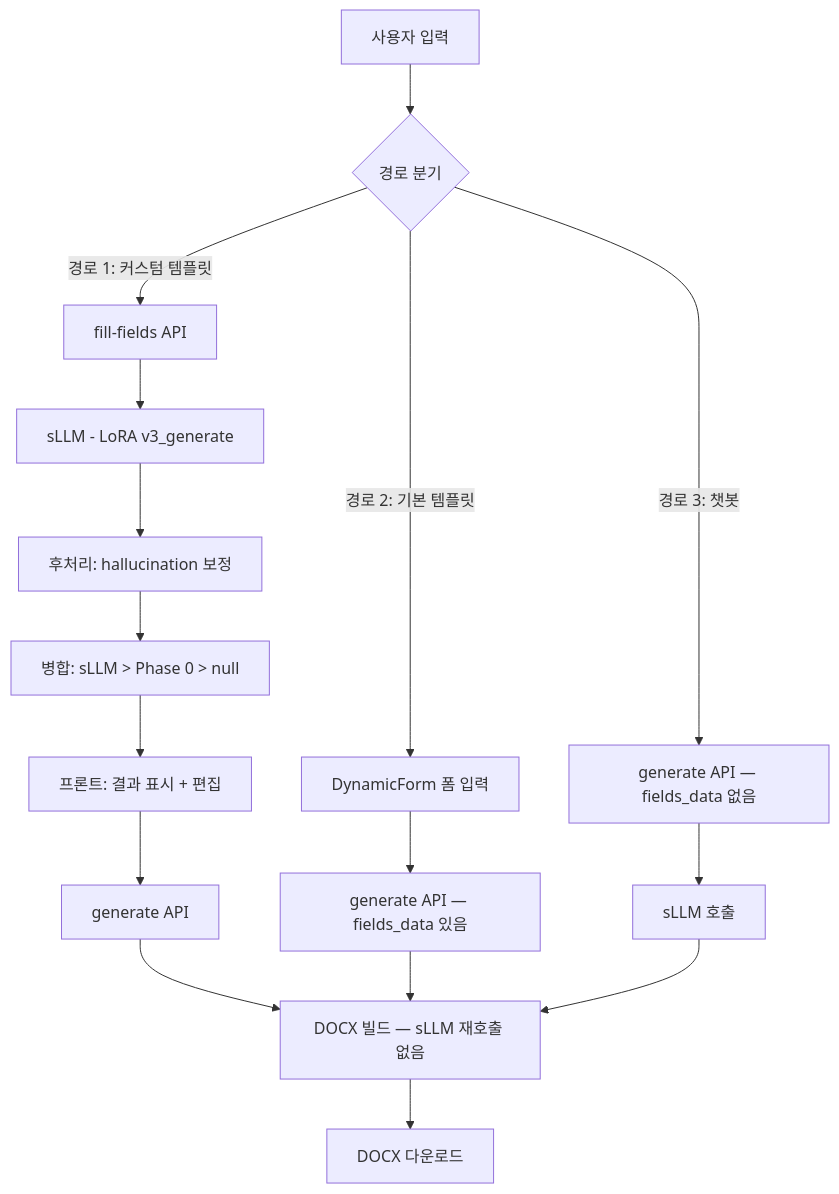
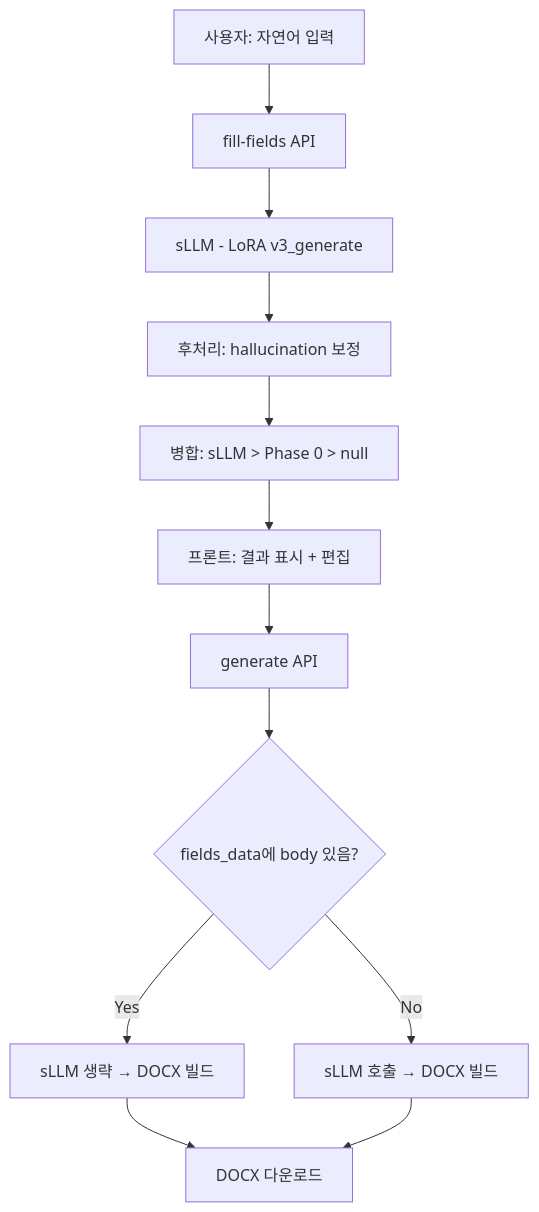
Before and after one commit to SKNETWORKS-FAMILY-AICAMP/SKN21-FINAL-3TEAM: the first of 2 diagrams in docs/3월 22일/문서생성.md, drawn with Mermaid. The commit also changed other lines of this file, not shown here.

````diff
--- a/docs/3월 22일/문서생성.md
+++ b/docs/3월 22일/문서생성.md
@@ -88,21 +78,14 @@
 ```mermaid
 flowchart TD
-    A[사용자 입력] --> B{경로 분기}
-
-    B -->|경로 1: 커스텀 템플릿| C[fill-fields API]
-    C --> D[sLLM - LoRA v3_generate]
-    D --> E[후처리: hallucination 보정]
-    E --> F[병합: sLLM > Phase 0 > null]
-    F --> G[프론트: 결과 표시 + 편집]
-    G --> H[generate API]
-    H --> I[DOCX 빌드 — sLLM 재호출 없음]
+    A[사용자: 자연어 입력] --> B[fill-fields API]
+    B --> C[sLLM - LoRA v3_generate]
+    C --> D[후처리: hallucination 보정]
+    D --> E[병합: sLLM > Phase 0 > null]
+    E --> F[프론트: 결과 표시 + 편집]
+    F --> G[generate API]
+    G --> H{fields_data에 body 있음?}
+    H -->|Yes| I[sLLM 생략 → DOCX 빌드]
+    H -->|No| J[sLLM 호출 → DOCX 빌드]
     I --> K[DOCX 다운로드]
-
-    B -->|경로 2: 기본 템플릿| M[DynamicForm 폼 입력]
-    M --> N[generate API — fields_data 있음]
-    N --> I
-
-    B -->|경로 3: 챗봇| J[generate API — fields_data 없음]
-    J --> L[sLLM 호출]
-    L --> I
+    J --> K
 ```
````
